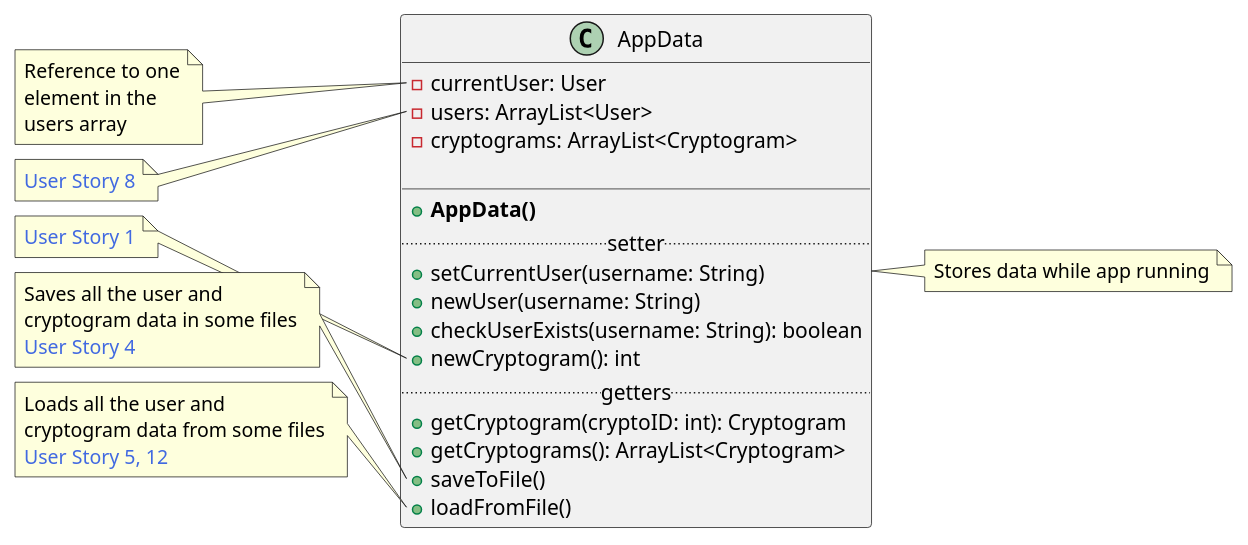
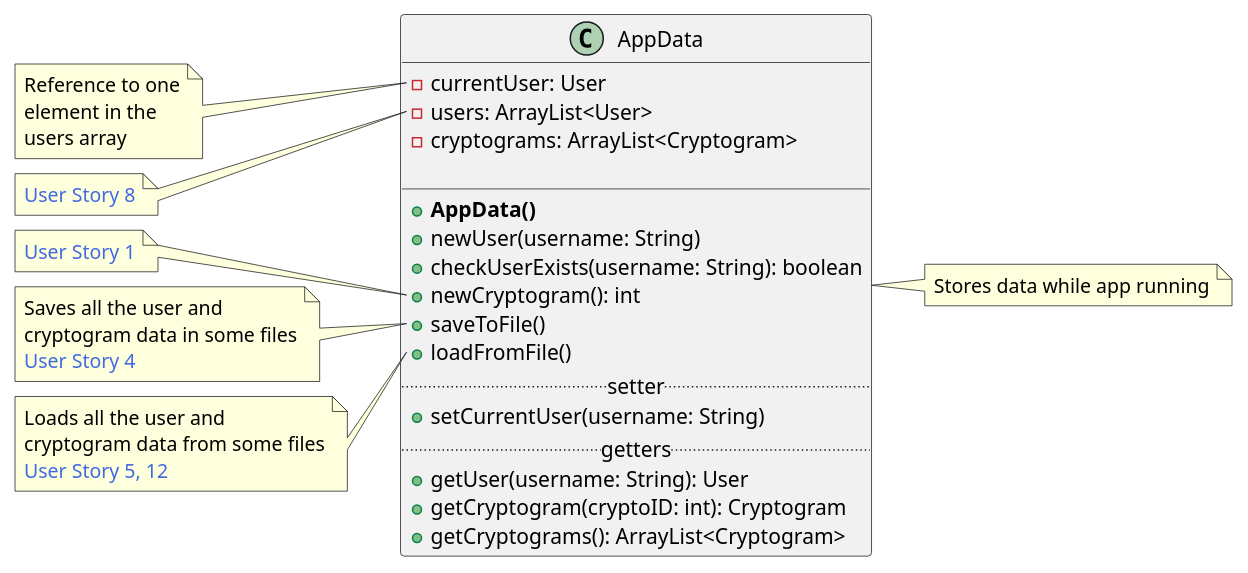
One commit to finlaysr/CS207-Cryptograms changed the diagram in Class-Diagrams/src/appdata.puml. Above: the diagram before and after it, drawn with PlantUML. The commit also changed 5 other files, not shown here.

```diff
--- a/Class-Diagrams/src/appdata.puml
+++ b/Class-Diagrams/src/appdata.puml
@@ -1,54 +1,55 @@
 @startuml
 
 class AppData {
     - currentUser: User
     - users: ArrayList<User>
     - cryptograms: ArrayList<Cryptogram> 
 
     __
     + **AppData()**
-    .. setter..
-    + setCurrentUser(username: String)
     + newUser(username: String)
     + checkUserExists(username: String): boolean
     + newCryptogram(): int
+    + saveToFile()
+    + loadFromFile()
+    .. setter..
+    + setCurrentUser(username: String)
     ..getters..
+    + getUser(username: String): User
     + getCryptogram(cryptoID: int): Cryptogram
     + getCryptograms(): ArrayList<Cryptogram> 
-    + saveToFile()
-    + loadFromFile()
 }
 
 note right of AppData
     Stores data while app running
 end note
 
 note left of AppData::currentUser
     Reference to one
     element in the
     users array
 end note
 
 note left of AppData::users
     <color:royalBlue>User Story 8</color>
 end note
 
 note left of AppData::newCryptogram
     <color:royalBlue>User Story 1</color>
 end note
 
 note left of AppData::saveToFile
     Saves all the user and
     cryptogram data in some files
     <color:royalBlue>User Story 4</color>
 end note
 
 note left of AppData::loadFromFile
     Loads all the user and
     cryptogram data from some files
     <color:royalBlue>User Story 5, 12</color>
 end note
 
 
 
 @enduml
```
